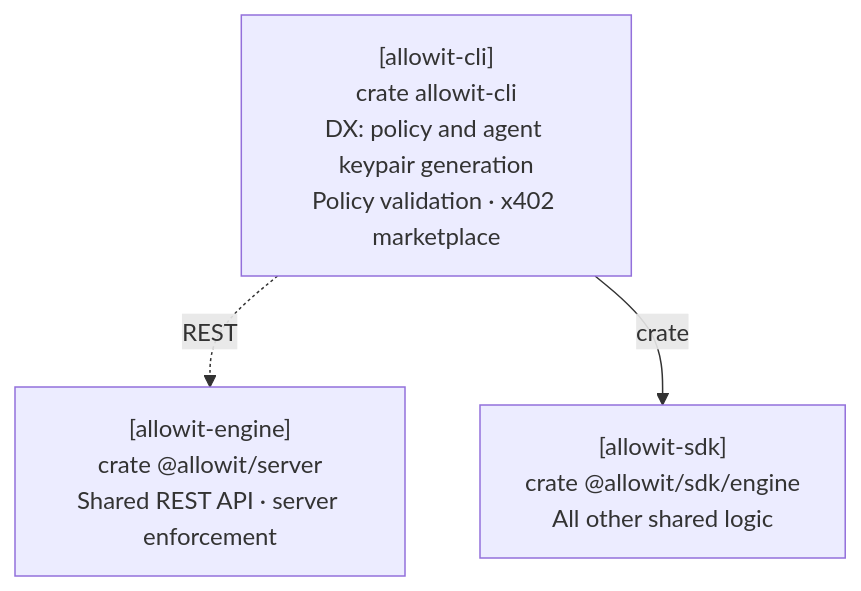
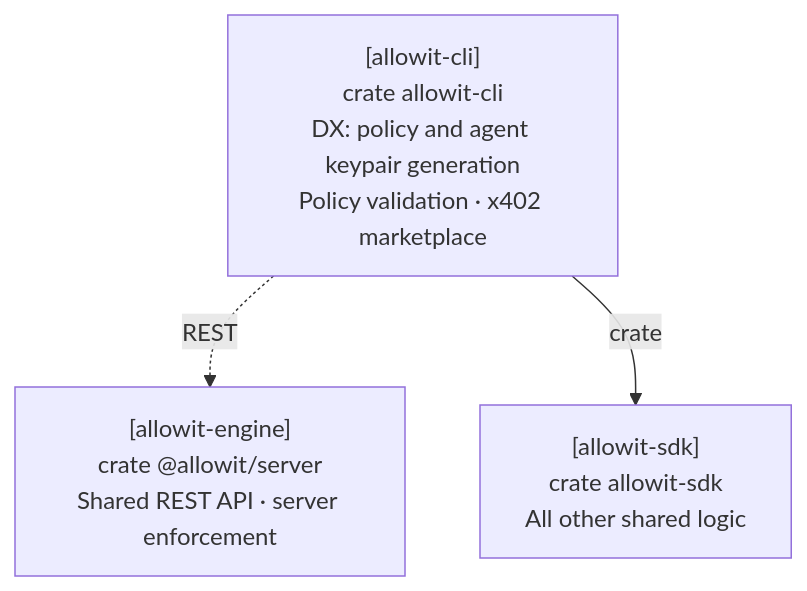
One commit to allowit-hq/allowit-cli changed the diagram in cli/README.md. Above: the diagram before and after it, drawn with Mermaid.

Commit message:
Fix the SDK label in the CLI diagram

````diff
--- a/cli/README.md
+++ b/cli/README.md
@@ -21,9 +21,9 @@
 ```mermaid
 flowchart TB
     CLI["[allowit-cli]<br/>crate allowit-cli<br/>DX: policy and agent keypair generation<br/>Policy validation · x402 marketplace"]
     Server["[allowit-engine]<br/>crate @allowit/server<br/>Shared REST API · server enforcement"]
-    Engine["[allowit-sdk]<br/>crate @allowit/sdk/engine<br/>All other shared logic"]
+    Engine["[allowit-sdk]<br/>crate allowit-sdk<br/>All other shared logic"]
 
     CLI -. REST .-> Server
     CLI -->|crate| Engine
 ```
````
